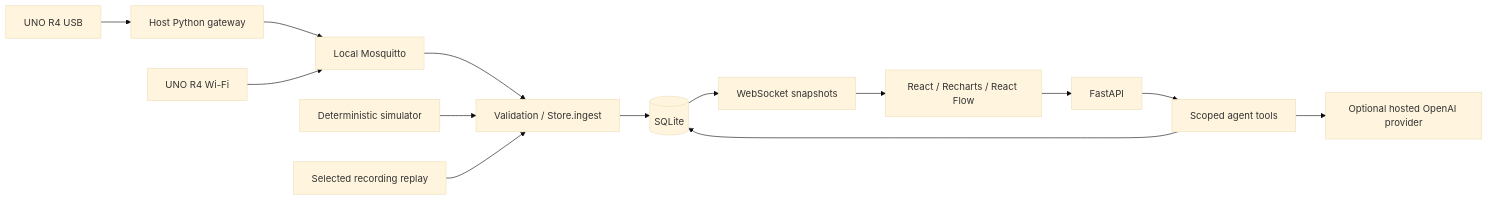
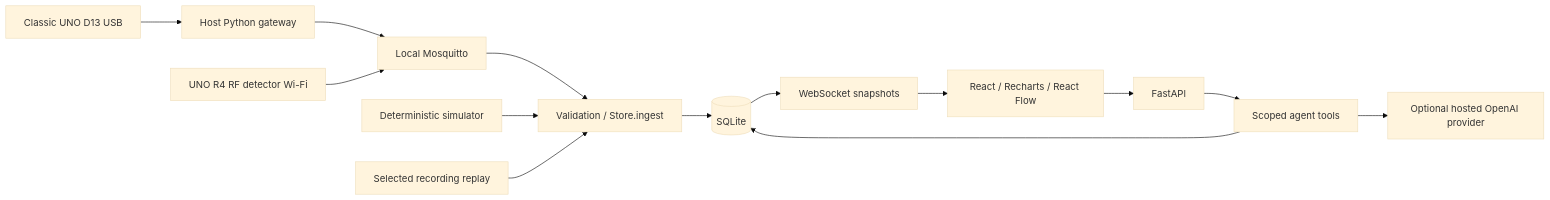
One commit to SalehBaderah/Agentwin changed the diagram in README.md. Above: the diagram before and after it, drawn with Mermaid (base theme). The commit also changed other lines of this file and 14 other files, not shown here.

````diff
--- a/README.md
+++ b/README.md
@@ -51,16 +110,16 @@
 ```mermaid
 flowchart LR
-  USB[UNO R4 USB] --> GW[Host Python gateway]
+  USB[Classic UNO D13 USB] --> GW[Host Python gateway]
   GW --> MQ[Local Mosquitto]
-  WIFI[UNO R4 Wi-Fi] --> MQ
+  WIFI[UNO R4 RF detector Wi-Fi] --> MQ
   MQ --> ING[Validation / Store.ingest]
   SIM[Deterministic simulator] --> ING
   REP[Selected recording replay] --> ING
   ING --> DB[(SQLite)]
   DB --> WS[WebSocket snapshots]
   WS --> UI[React / Recharts / React Flow]
   UI --> API[FastAPI]
   API --> AG[Scoped agent tools]
   AG --> DB
   AG --> LLM[Optional hosted OpenAI provider]
 ```
````
